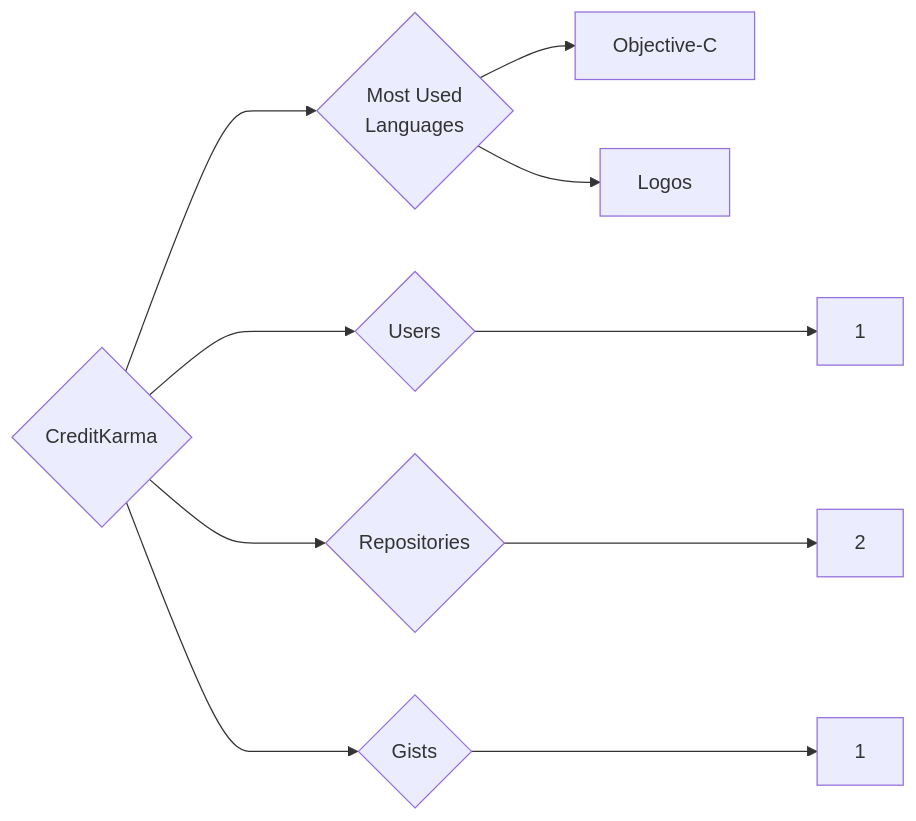
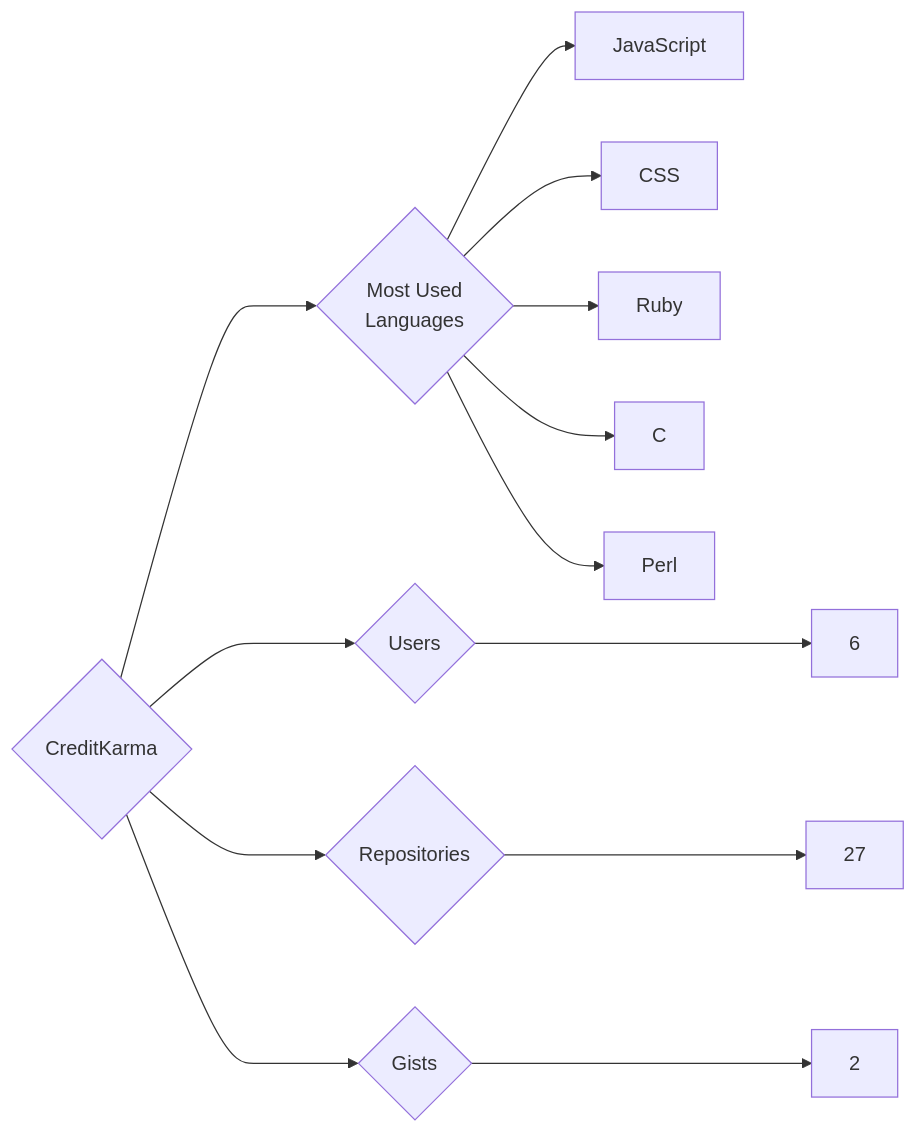
Before and after one commit to trickest/insiders: the diagram in targets/CreditKarma/README.md, drawn with Mermaid. The commit also changed 1314 other files, not shown here.

````diff
--- a/targets/CreditKarma/README.md
+++ b/targets/CreditKarma/README.md
@@ -3,10 +3,13 @@
 ```mermaid
 graph LR
 COMPANY_NAME{CreditKarma}
-COMPANY_NAME ---> U{Users} ---> UN[1]
-COMPANY_NAME ---> R{Repositories} ---> RN[2]
-COMPANY_NAME ---> G{Gists} ---> GN[1]
+COMPANY_NAME ---> U{Users} ---> UN[6]
+COMPANY_NAME ---> R{Repositories} ---> RN[27]
+COMPANY_NAME ---> G{Gists} ---> GN[2]
 COMPANY_NAME ---> ML{Most Used<br>Languages}
-ML --> Objective-C[Objective-C]
-ML --> Logos[Logos]
+ML --> JavaScript[JavaScript]
+ML --> CSS[CSS]
+ML --> Ruby[Ruby]
+ML --> C[C]
+ML --> Perl[Perl]
 ```
````
